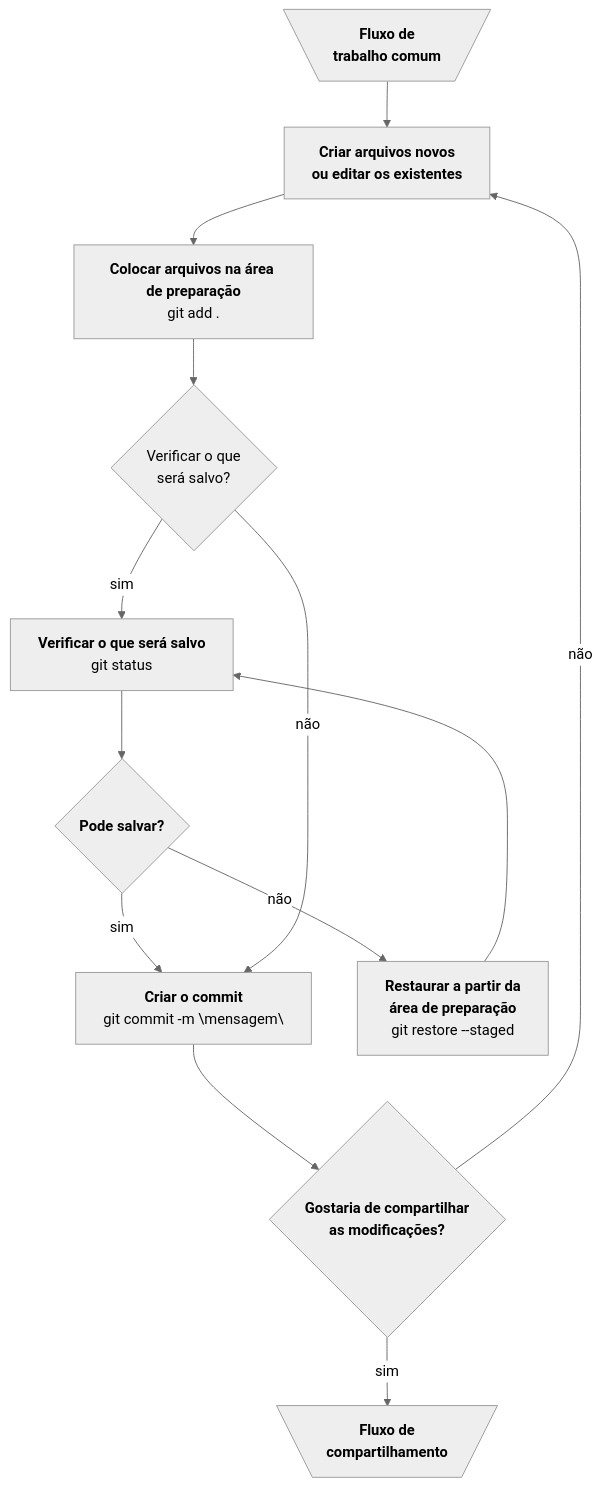
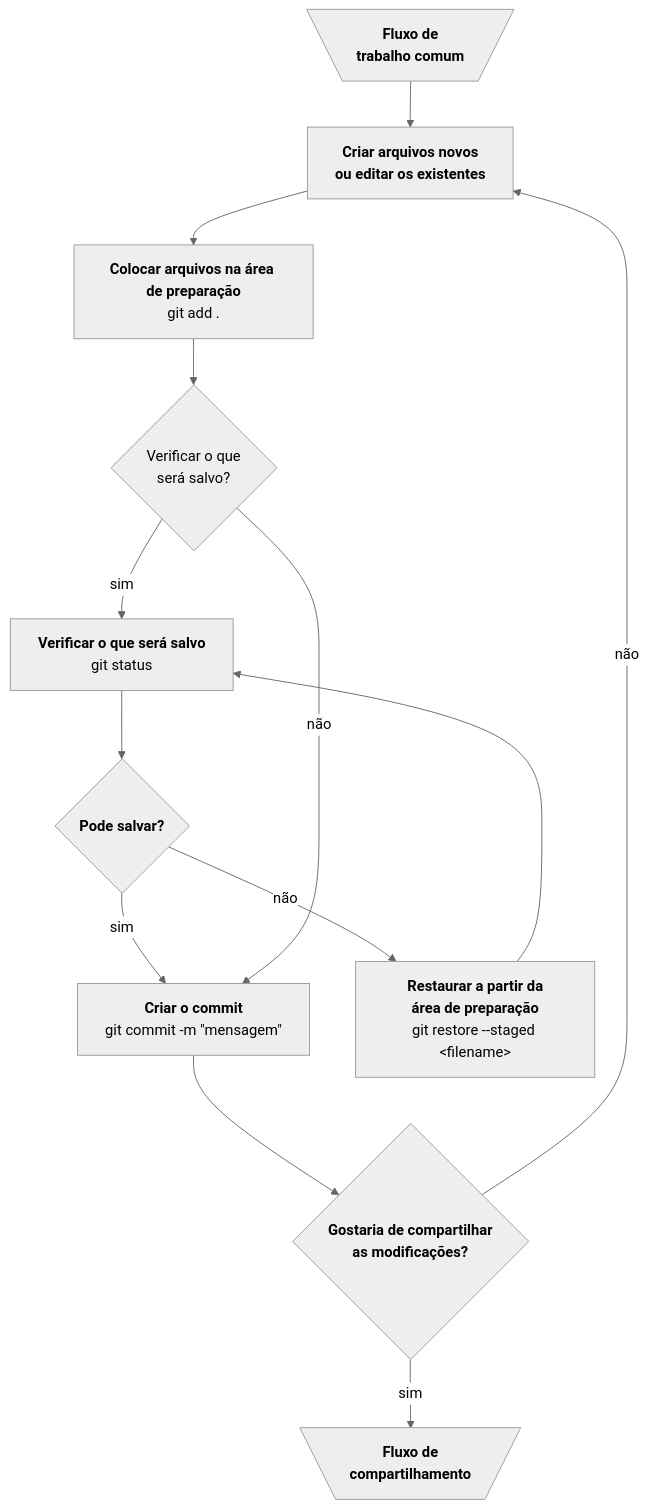
Before and after one commit to CTISM-Prof-Henry/gitEssentials: the diagram in docsource/imagens/git_fluxo_comum.mmd, drawn with Mermaid (neutral theme). The commit also changed 17 other files, not shown here.

Commit message:
fixed two graphs

```diff
--- a/docsource/imagens/git_fluxo_comum.mmd
+++ b/docsource/imagens/git_fluxo_comum.mmd
@@ -1,34 +1,34 @@
 graph TD
 %% fluxos
 
 common_workflow[\"<b>Fluxo de<br/>trabalho comum</b>"/]
 sharing_workflow[\"<b>Fluxo de<br/>compartilhamento</b>"/]
 
 %% ações
 create_new_files_or_edit_existent_files["<b>Criar arquivos novos<br/>ou editar os existentes</b>"]
 %% decisões
 check_what_will_be_commited{"Verificar o que<br/>será salvo?"}
 fine_to_commit{"<b>Pode salvar?</b>"}
 would_you_like_share_the_changes{"<b>Gostaria de compartilhar<br/>as modificações?</b>"}
 %% comandos
 git_add["<b>Colocar arquivos na área de preparação</b><br/>git add ."]
 git_status["<b>Verificar o que será salvo</b><br/>git status"]
-git_commit["<b>Criar o commit</b><br/>git commit -m \"mensagem\""]
-git_restore["<b>Restaurar a partir da<br/>área de preparação</b><br/>git restore --staged <filename>"]
+git_commit["<b>Criar o commit</b><br/>git commit -m &quot;mensagem&quot;"]
+git_restore["<b>Restaurar a partir da<br/>área de preparação</b><br/>git restore --staged &lt;filename&gt;"]
 %% relacionamentos
 common_workflow --> create_new_files_or_edit_existent_files --> git_add
 git_add --> check_what_will_be_commited
 check_what_will_be_commited -- "sim" --> git_status
 git_status --> fine_to_commit
 fine_to_commit -- "sim" --> git_commit
 git_commit --> would_you_like_share_the_changes
 would_you_like_share_the_changes -- "sim" --> sharing_workflow
 
 check_what_will_be_commited -- "não" --> git_commit
 
 %% left
 git_restore --> git_status
 fine_to_commit -- "não" --> git_restore
 
 %% right
 would_you_like_share_the_changes -- "não" --> create_new_files_or_edit_existent_files
```
